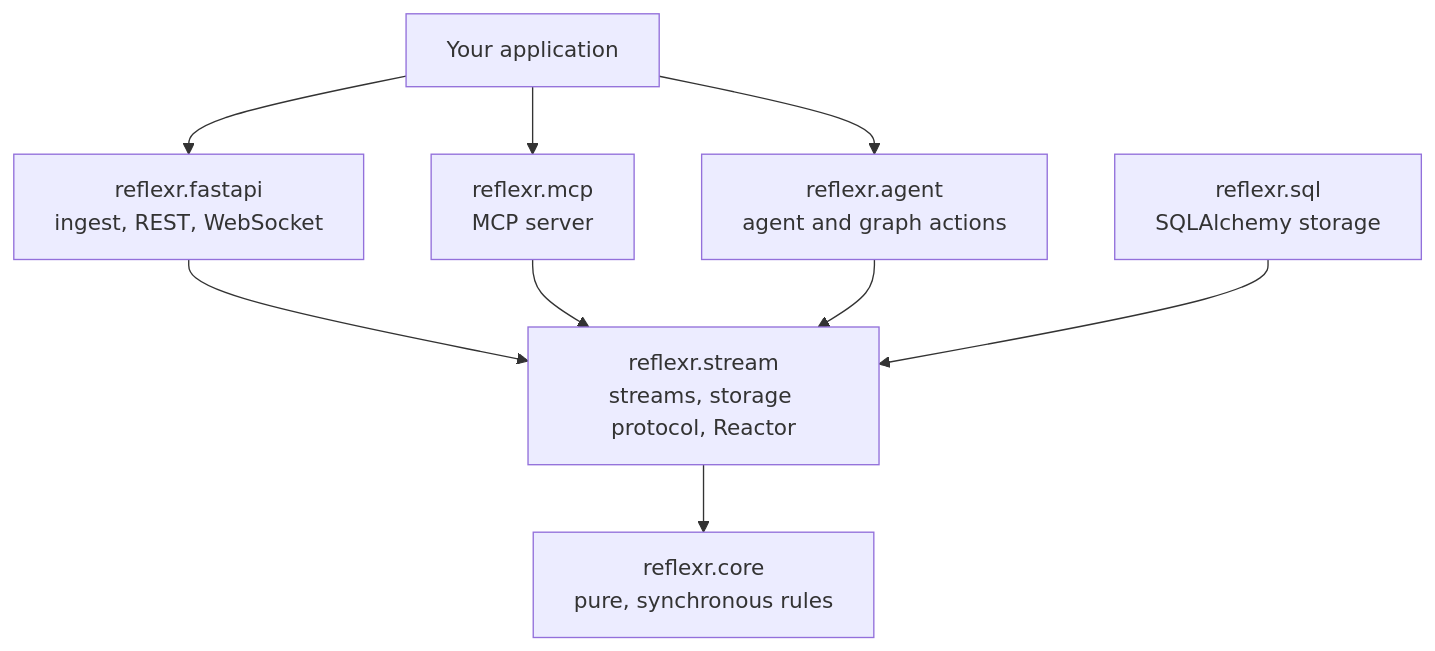
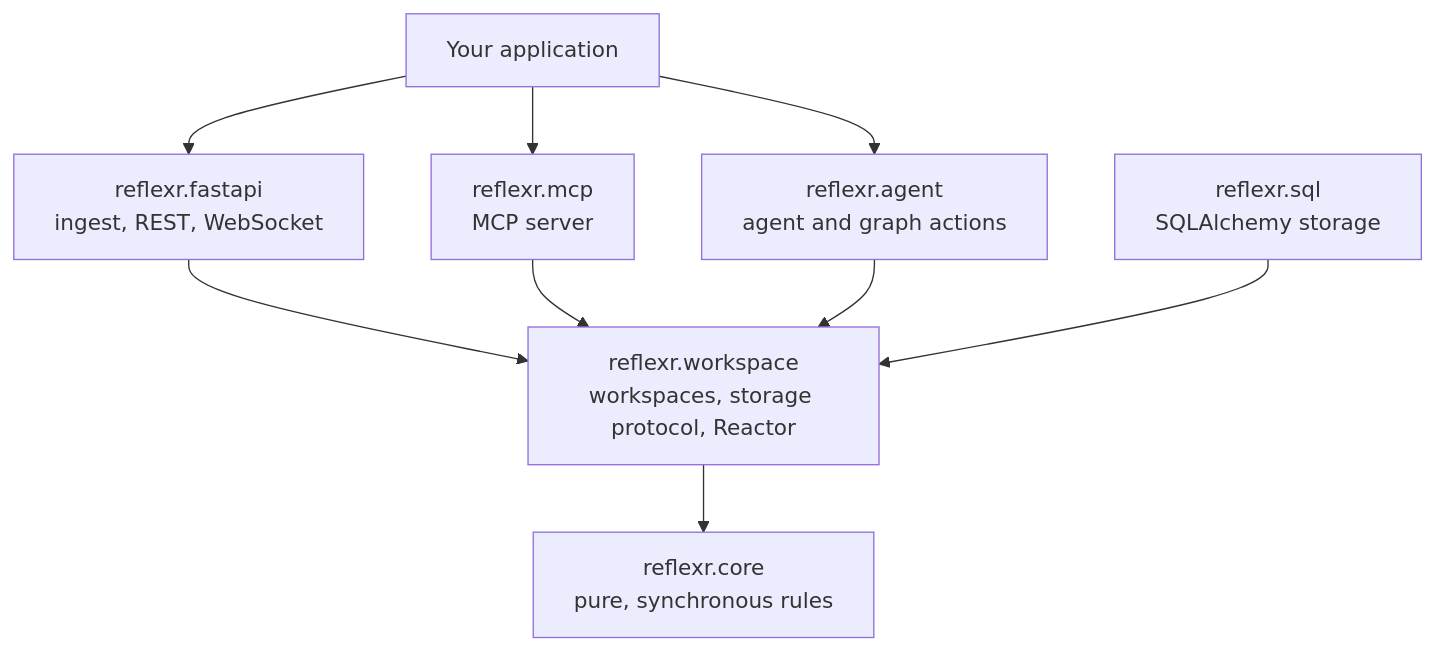
One commit to alexnodeland/lattice changed the first of 4 diagrams in packages/reflexr/docs/architecture.md. Above: the diagram before and after it, drawn with Mermaid. The commit also changed other lines of this file and 8 other files, not shown here.

First line of the commit message:
docs(adr): give reflexr tenants and workspaces, like artifactr (alexnodeland/reflexr#16)

````diff
--- a/packages/reflexr/docs/architecture.md
+++ b/packages/reflexr/docs/architecture.md
@@ -62,11 +62,11 @@
 ```mermaid
 graph TD
     app["Your application"] --> fastapi["reflexr.fastapi<br/>ingest, REST, WebSocket"]
     app --> mcp["reflexr.mcp<br/>MCP server"]
     app --> agent["reflexr.agent<br/>agent and graph actions"]
-    fastapi --> stream
-    mcp --> stream
-    agent --> stream["reflexr.stream<br/>streams, storage protocol, Reactor"]
-    sql["reflexr.sql<br/>SQLAlchemy storage"] --> stream
-    stream --> core["reflexr.core<br/>pure, synchronous rules"]
+    fastapi --> workspace
+    mcp --> workspace
+    agent --> workspace["reflexr.workspace<br/>workspaces, storage protocol, Reactor"]
+    sql["reflexr.sql<br/>SQLAlchemy storage"] --> workspace
+    workspace --> core["reflexr.core<br/>pure, synchronous rules"]
 ```
````
